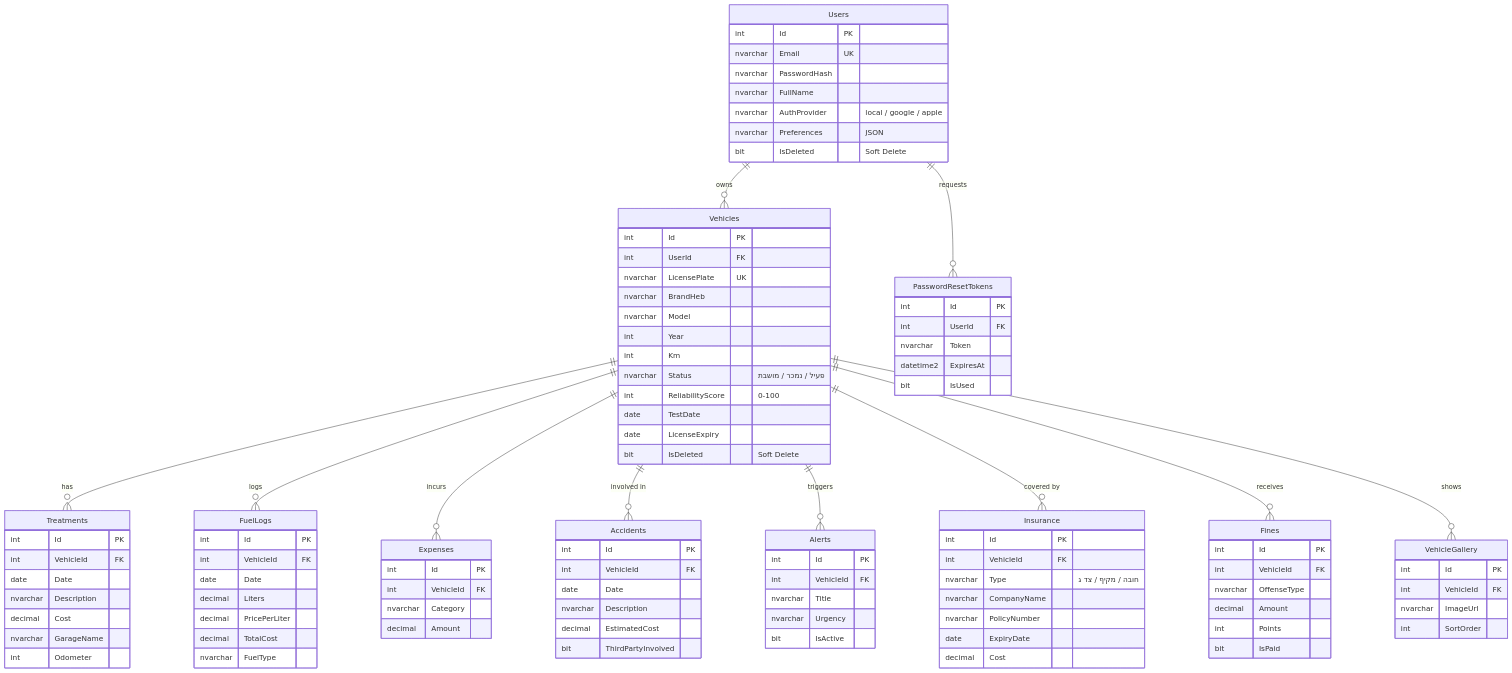
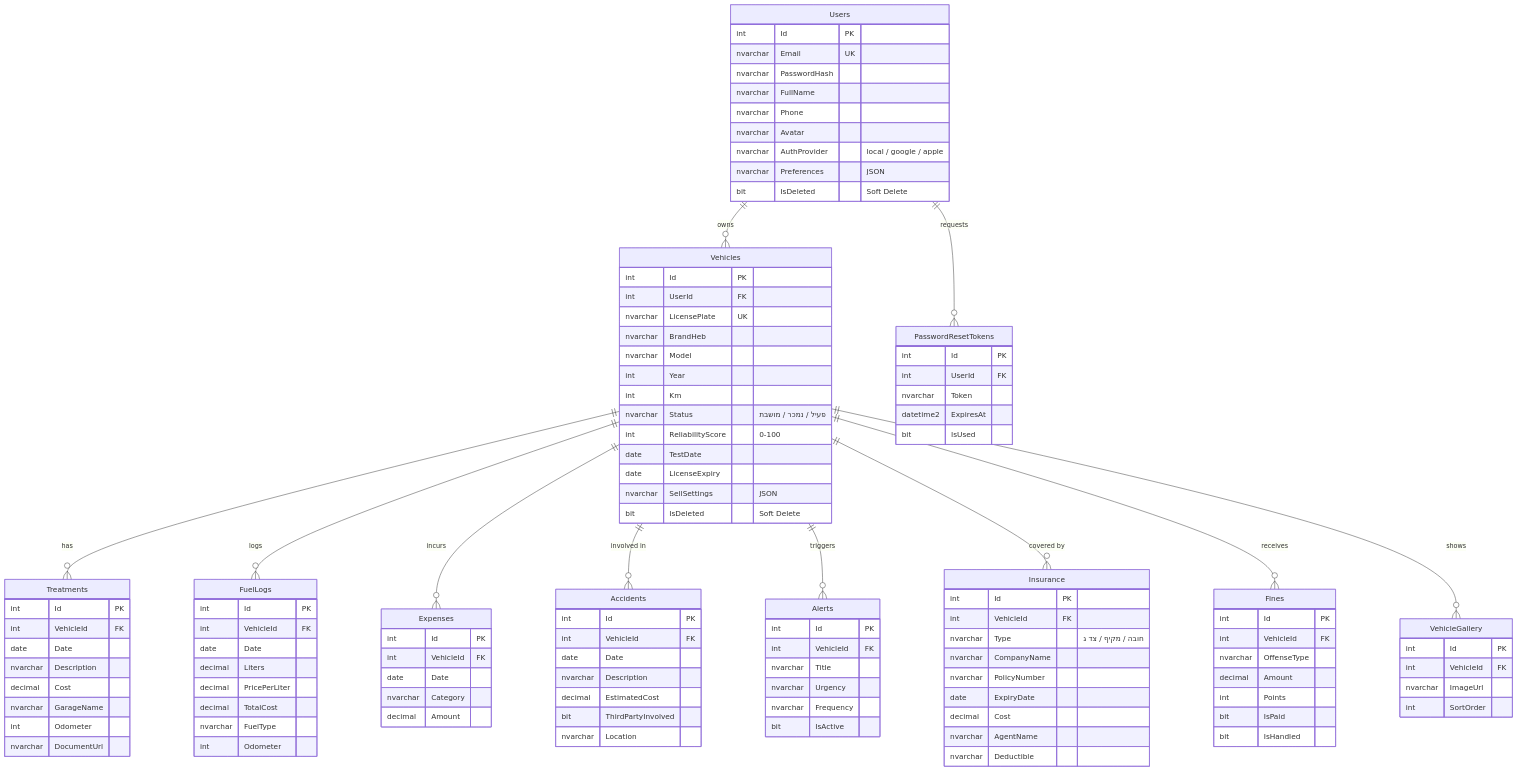
Before and after one commit to RazielBiton/Final_Project: the fourth of 4 diagrams in README.md, drawn with Mermaid. The commit also changed other lines of this file, not shown here.

```diff
--- a/README.md
+++ b/README.md
@@ -152,6 +242,8 @@
         nvarchar Email UK
         nvarchar PasswordHash
         nvarchar FullName
+        nvarchar Phone
+        nvarchar Avatar
         nvarchar AuthProvider "local / google / apple"
         nvarchar Preferences "JSON"
         bit IsDeleted "Soft Delete"
@@ -169,6 +261,7 @@
         int ReliabilityScore "0-100"
         date TestDate
         date LicenseExpiry
+        nvarchar SellSettings "JSON"
         bit IsDeleted "Soft Delete"
     }
 
@@ -180,6 +273,7 @@
         decimal Cost
         nvarchar GarageName
         int Odometer
+        nvarchar DocumentUrl
     }
 
     FuelLogs {
@@ -190,6 +284,7 @@
         decimal PricePerLiter
         decimal TotalCost
         nvarchar FuelType
+        int Odometer
     }
 
     Insurance {
@@ -200,6 +295,8 @@
         nvarchar PolicyNumber
         date ExpiryDate
         decimal Cost
+        nvarchar AgentName
+        nvarchar Deductible
     }
 
     Fines {
@@ -209,6 +306,7 @@
         decimal Amount
         int Points
         bit IsPaid
+        bit IsHandled
     }
 
     Accidents {
@@ -218,11 +316,13 @@
         nvarchar Description
         decimal EstimatedCost
         bit ThirdPartyInvolved
+        nvarchar Location
     }
 
     Expenses {
         int Id PK
         int VehicleId FK
+        date Date
         nvarchar Category
         decimal Amount
     }
@@ -232,6 +332,7 @@
         int VehicleId FK
         nvarchar Title
         nvarchar Urgency
+        nvarchar Frequency
         bit IsActive
     }
 
```
